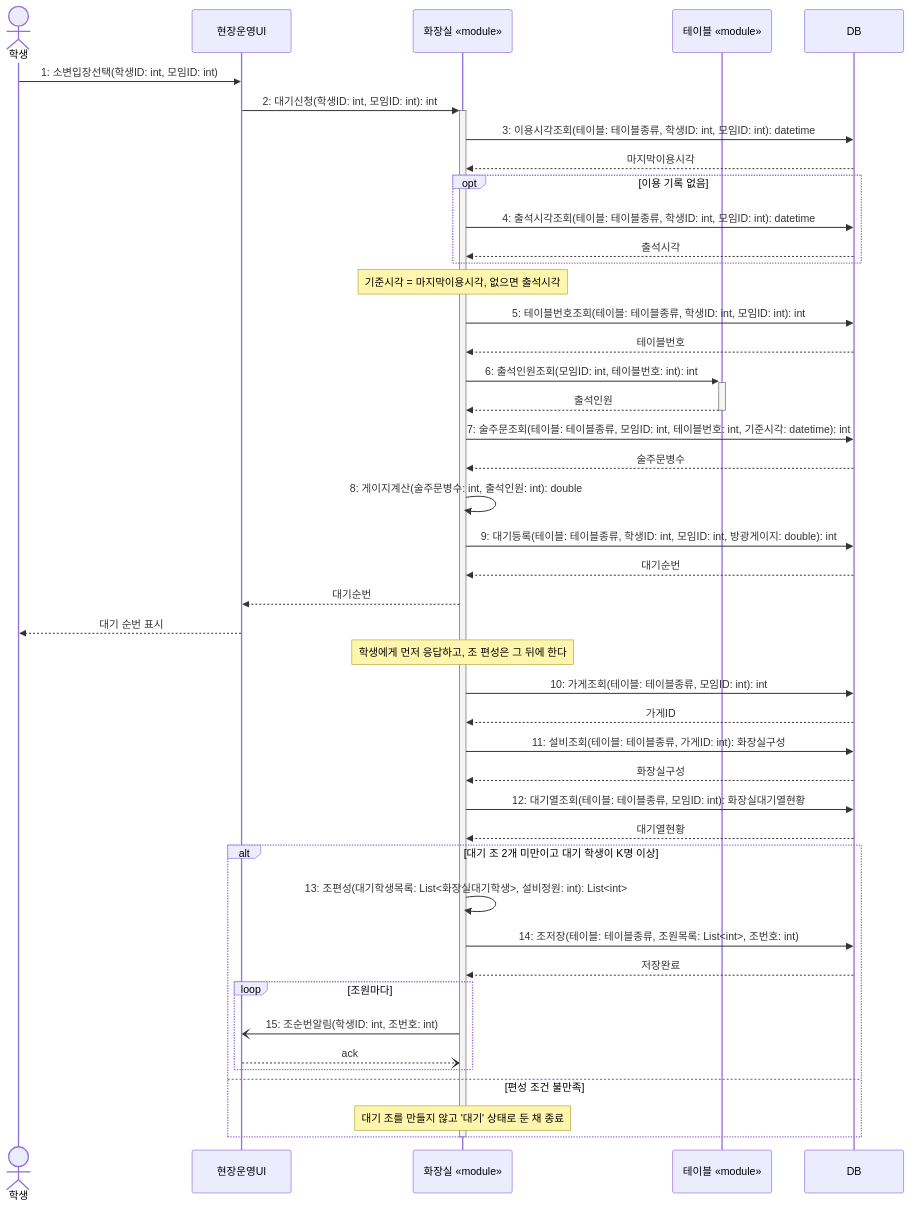
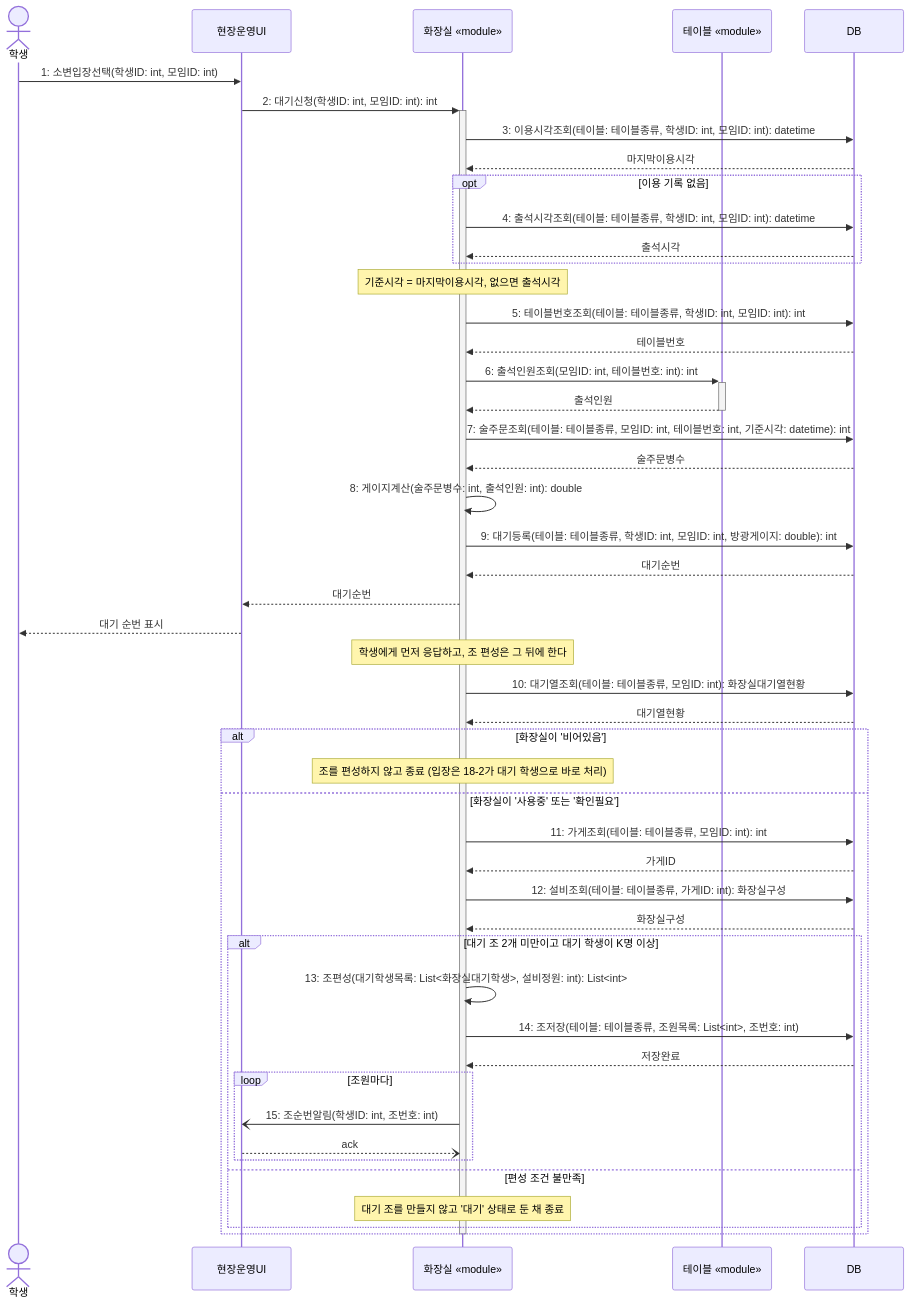
One commit to hojae3/sw-engineering-16 changed the diagram in draft/hojae/18-1/seq-18-1.md. Above: the diagram before and after it, drawn with Mermaid. The commit also changed other lines of this file and 3 other files, not shown here.

````diff
--- a/draft/hojae/18-1/seq-18-1.md
+++ b/draft/hojae/18-1/seq-18-1.md
@@ -29,53 +29,57 @@
 ```mermaid
 sequenceDiagram
     actor 학생
     participant 화면 as 현장운영UI
     participant 화장실 as 화장실 «module»
     participant 테이블 as 테이블 «module»
     participant DB as DB
 
     학생->>화면: 1: 소변입장선택(학생ID: int, 모임ID: int)
     화면->>+화장실: 2: 대기신청(학생ID: int, 모임ID: int): int
 
     화장실->>DB: 3: 이용시각조회(테이블: 테이블종류, 학생ID: int, 모임ID: int): datetime
     DB-->>화장실: 마지막이용시각
     opt 이용 기록 없음
         화장실->>DB: 4: 출석시각조회(테이블: 테이블종류, 학생ID: int, 모임ID: int): datetime
         DB-->>화장실: 출석시각
     end
     Note over 화장실: 기준시각 = 마지막이용시각, 없으면 출석시각
 
     화장실->>DB: 5: 테이블번호조회(테이블: 테이블종류, 학생ID: int, 모임ID: int): int
     DB-->>화장실: 테이블번호
     화장실->>+테이블: 6: 출석인원조회(모임ID: int, 테이블번호: int): int
     테이블-->>-화장실: 출석인원
     화장실->>DB: 7: 술주문조회(테이블: 테이블종류, 모임ID: int, 테이블번호: int, 기준시각: datetime): int
     DB-->>화장실: 술주문병수
     화장실->>화장실: 8: 게이지계산(술주문병수: int, 출석인원: int): double
     화장실->>DB: 9: 대기등록(테이블: 테이블종류, 학생ID: int, 모임ID: int, 방광게이지: double): int
     DB-->>화장실: 대기순번
 
     화장실-->>화면: 대기순번
     화면-->>학생: 대기 순번 표시
 
     Note over 화장실: 학생에게 먼저 응답하고, 조 편성은 그 뒤에 한다
-    화장실->>DB: 10: 가게조회(테이블: 테이블종류, 모임ID: int): int
-    DB-->>화장실: 가게ID
-    화장실->>DB: 11: 설비조회(테이블: 테이블종류, 가게ID: int): 화장실구성
-    DB-->>화장실: 화장실구성
-    화장실->>DB: 12: 대기열조회(테이블: 테이블종류, 모임ID: int): 화장실대기열현황
+    화장실->>DB: 10: 대기열조회(테이블: 테이블종류, 모임ID: int): 화장실대기열현황
     DB-->>화장실: 대기열현황
 
-    alt 대기 조 2개 미만이고 대기 학생이 K명 이상
-        화장실->>화장실: 13: 조편성(대기학생목록: List<화장실대기학생>, 설비정원: int): List<int>
-        화장실->>DB: 14: 조저장(테이블: 테이블종류, 조원목록: List<int>, 조번호: int)
-        DB-->>화장실: 저장완료
-        loop 조원마다
-            화장실-)화면: 15: 조순번알림(학생ID: int, 조번호: int)
-            화면--)화장실: ack
+    alt 화장실이 '비어있음'
+        Note over 화장실: 조를 편성하지 않고 종료 (입장은 18-2가 대기 학생으로 바로 처리)
+    else 화장실이 '사용중' 또는 '확인필요'
+        화장실->>DB: 11: 가게조회(테이블: 테이블종류, 모임ID: int): int
+        DB-->>화장실: 가게ID
+        화장실->>DB: 12: 설비조회(테이블: 테이블종류, 가게ID: int): 화장실구성
+        DB-->>화장실: 화장실구성
+        alt 대기 조 2개 미만이고 대기 학생이 K명 이상
+            화장실->>화장실: 13: 조편성(대기학생목록: List<화장실대기학생>, 설비정원: int): List<int>
+            화장실->>DB: 14: 조저장(테이블: 테이블종류, 조원목록: List<int>, 조번호: int)
+            DB-->>화장실: 저장완료
+            loop 조원마다
+                화장실-)화면: 15: 조순번알림(학생ID: int, 조번호: int)
+                화면--)화장실: ack
+            end
+        else 편성 조건 불만족
+            Note over 화장실: 대기 조를 만들지 않고 '대기' 상태로 둔 채 종료
         end
-    else 편성 조건 불만족
-        Note over 화장실: 대기 조를 만들지 않고 '대기' 상태로 둔 채 종료
     end
     deactivate 화장실
 ```
````
